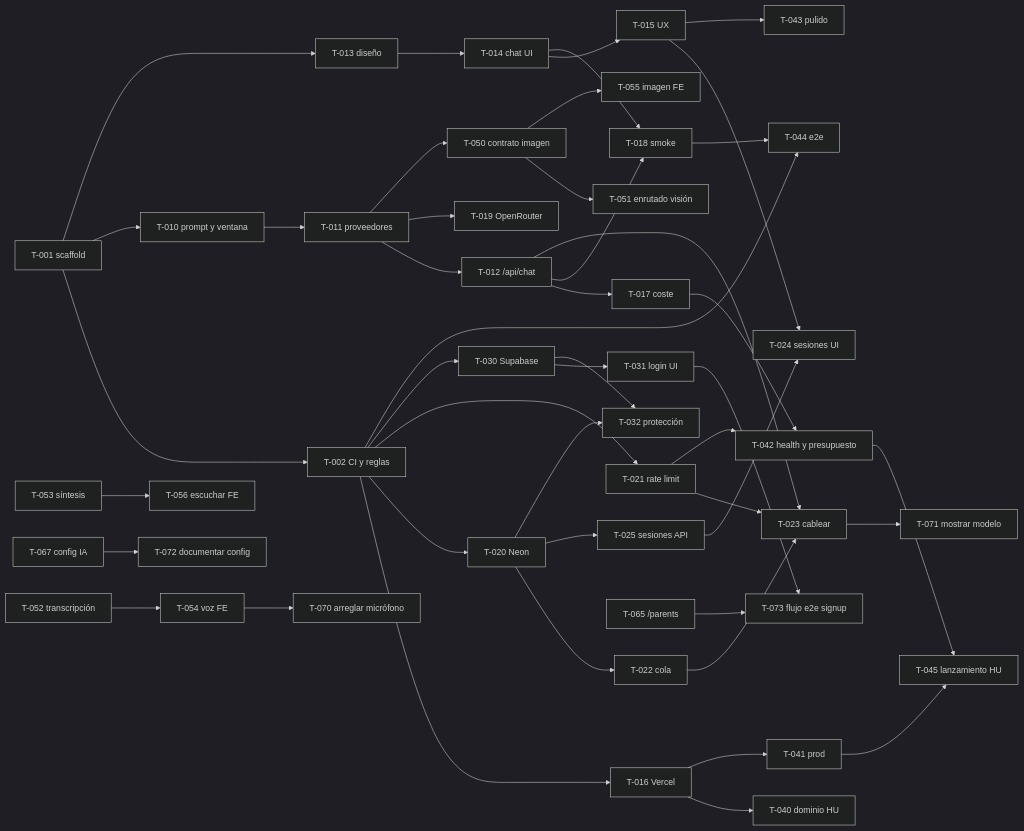
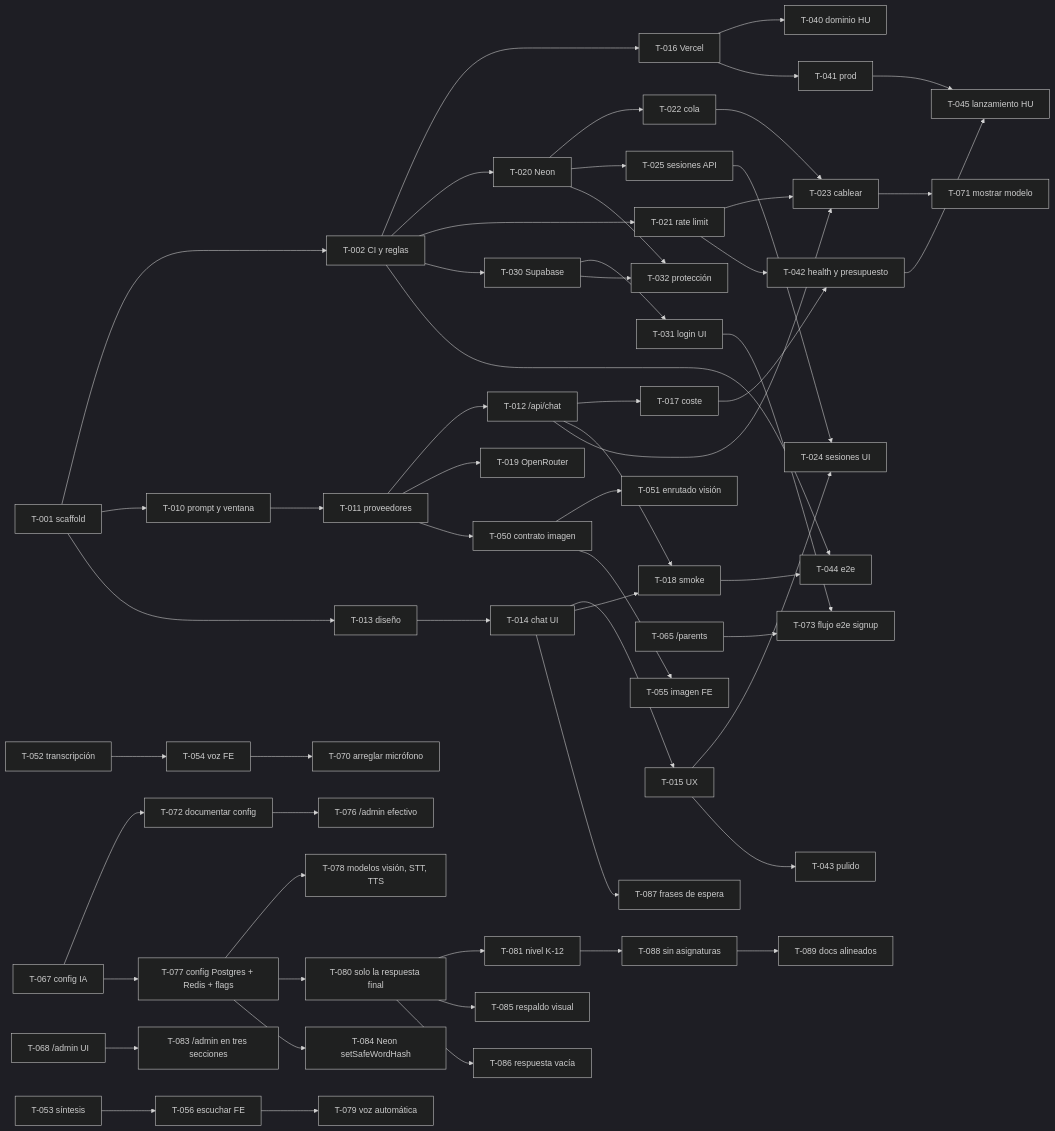
The diagram in roadmap.md (talacha/elingo), drawn with Mermaid (dark theme) before and after one commit. The commit also changed other lines of this file and 6 other files, not shown here.

First line of the commit message:
T-089: Align north_star, roadmap, tasks, README and CLAUDE.md with the owner's decisions (#53)

````diff
--- a/roadmap.md
+++ b/roadmap.md
@@ -142,47 +163,60 @@
 ```mermaid
 graph LR
   T001[T-001 scaffold] --> T002[T-002 CI y reglas]
   T001 --> T010[T-010 prompt y ventana]
   T001 --> T013[T-013 diseño]
   T010 --> T011[T-011 proveedores]
   T011 --> T012[T-012 /api/chat]
   T011 --> T019[T-019 OpenRouter]
   T012 --> T017[T-017 coste]
   T013 --> T014[T-014 chat UI]
   T014 --> T015[T-015 UX]
   T012 --> T018[T-018 smoke]
   T014 --> T018
   T002 --> T016[T-016 Vercel]
   T002 --> T020[T-020 Neon]
   T002 --> T021[T-021 rate limit]
   T002 --> T030[T-030 Supabase]
   T020 --> T022[T-022 cola]
   T020 --> T025[T-025 sesiones API]
   T012 --> T023[T-023 cablear]
   T021 --> T023
   T022 --> T023
   T015 --> T024[T-024 sesiones UI]
   T025 --> T024
   T030 --> T031[T-031 login UI]
   T030 --> T032[T-032 protección]
   T020 --> T032
   T016 --> T040[T-040 dominio HU]
   T016 --> T041[T-041 prod]
   T017 --> T042[T-042 health y presupuesto]
   T021 --> T042
   T015 --> T043[T-043 pulido]
   T018 --> T044[T-044 e2e]
   T002 --> T044
   T041 --> T045[T-045 lanzamiento HU]
   T042 --> T045
   T011 --> T050[T-050 contrato imagen]
   T050 --> T051[T-051 enrutado visión]
   T050 --> T055[T-055 imagen FE]
   T052[T-052 transcripción] --> T054[T-054 voz FE]
   T053[T-053 síntesis] --> T056[T-056 escuchar FE]
   T054 --> T070[T-070 arreglar micrófono]
   T023 --> T071[T-071 mostrar modelo]
   T067[T-067 config IA] --> T072[T-072 documentar config]
   T031 --> T073[T-073 flujo e2e signup]
   T065[T-065 /parents] --> T073
+  T072[T-072 documentar config] --> T076[T-076 /admin efectivo]
+  T067 --> T077[T-077 config Postgres + Redis + flags]
+  T077 --> T078[T-078 modelos visión, STT, TTS]
+  T077 --> T080[T-080 solo la respuesta final]
+  T056 --> T079[T-079 voz automática]
+  T080 --> T081[T-081 nivel K-12]
+  T080 --> T085[T-085 respaldo visual]
+  T080 --> T086[T-086 respuesta vacía]
+  T068[T-068 /admin UI] --> T083[T-083 /admin en tres secciones]
+  T077 --> T084[T-084 Neon setSafeWordHash]
+  T014 --> T087[T-087 frases de espera]
+  T081 --> T088[T-088 sin asignaturas]
+  T088 --> T089[T-089 docs alineados]
 ```
````
